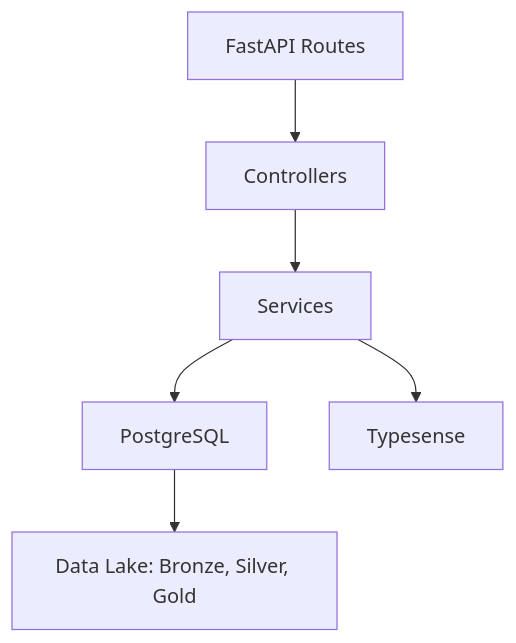
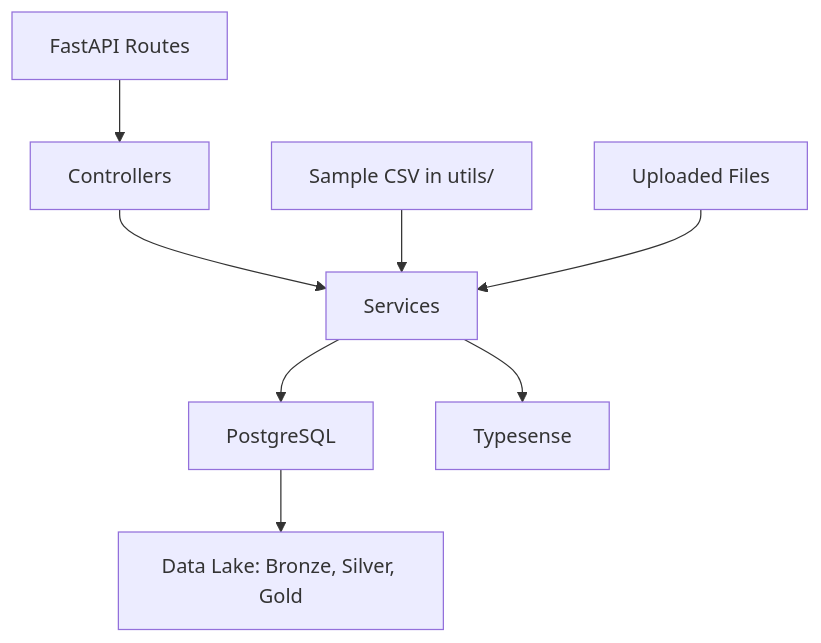
The diagram in README.md (lujanmartin/data_eng_challenge), drawn with Mermaid before and after one commit. The commit also changed other lines of this file and 5 other files, not shown here.

````diff
--- a/README.md
+++ b/README.md
@@ -15,8 +15,10 @@
 ```mermaid
 graph TD
     A[FastAPI Routes] --> B[Controllers]
     B --> C[Services]
     C --> D[PostgreSQL]
     D --> E[Data Lake: Bronze, Silver, Gold]
     C --> F[Typesense]
+    G[Sample CSV in utils/] --> C
+    H[Uploaded Files] --> C
 ```
````
